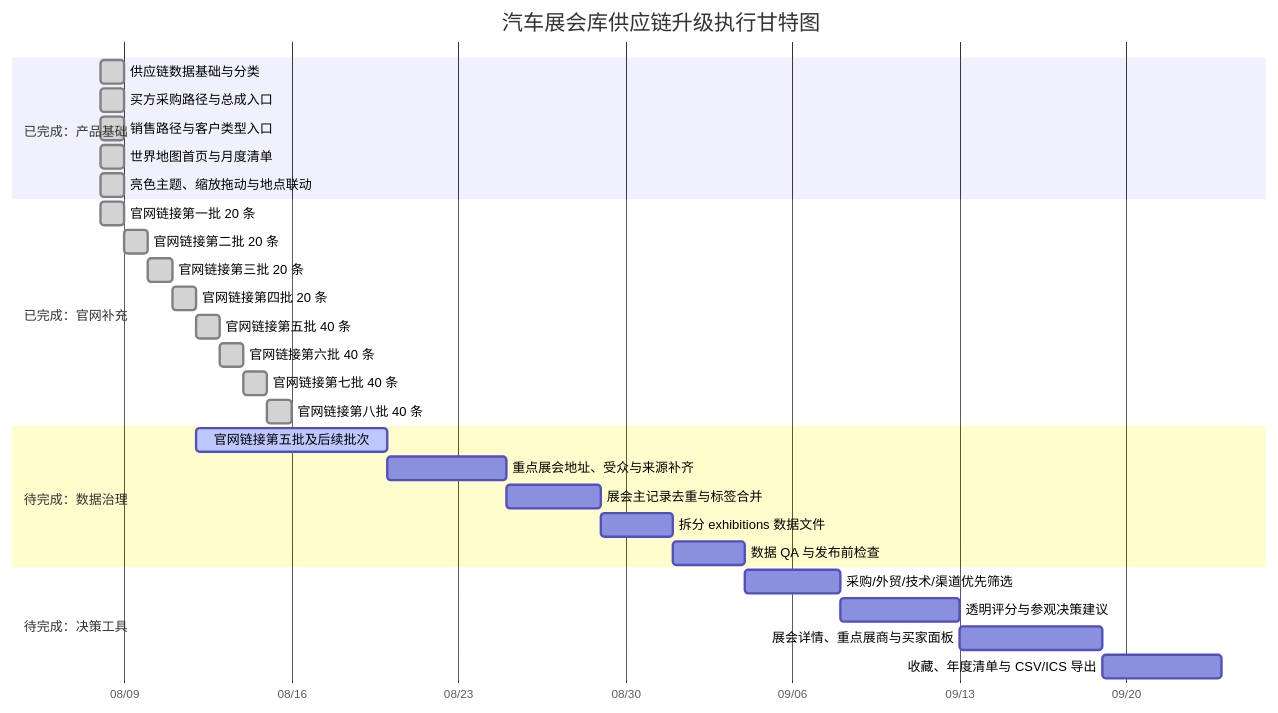
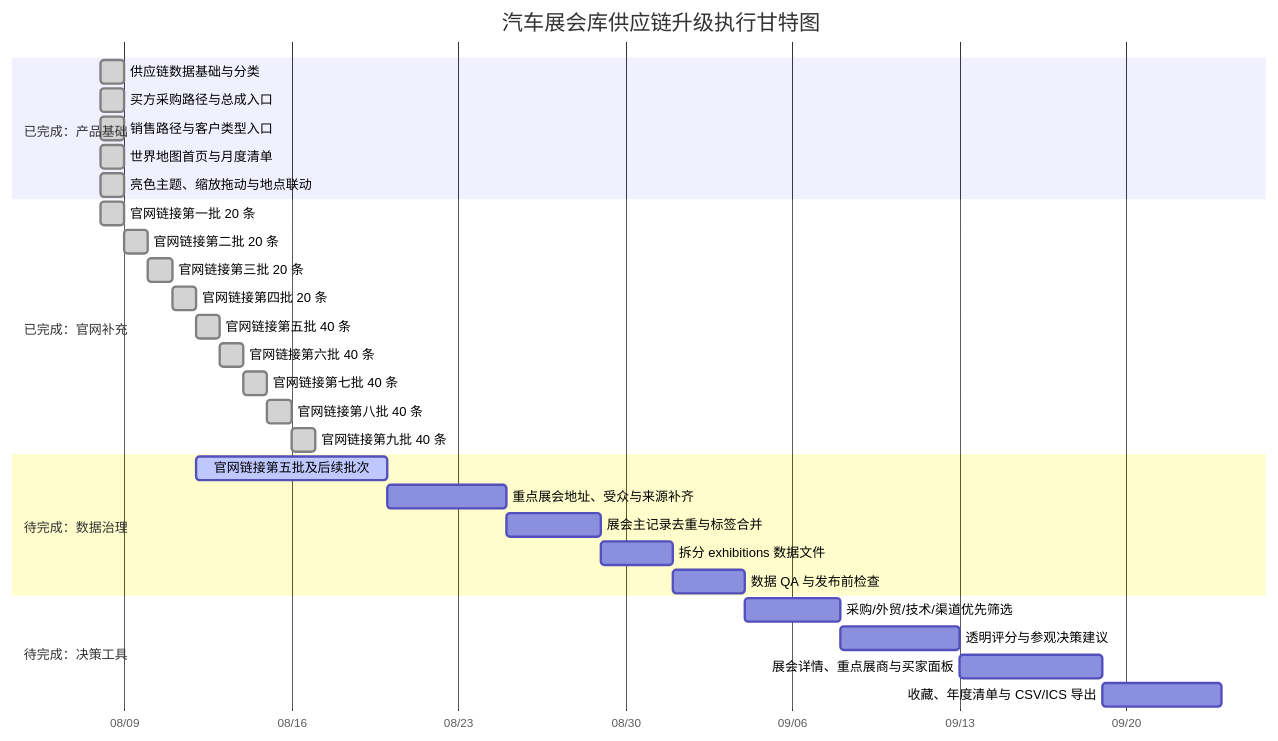
One commit to Cloudyluk/auto-expo changed the diagram in docs/PROJECT_PROGRESS.md. Above: the diagram before and after it, drawn with Mermaid. The commit also changed other lines of this file and 2 other files, not shown here.

Commit message:
Add ninth batch of official exhibition links

````diff
--- a/docs/PROJECT_PROGRESS.md
+++ b/docs/PROJECT_PROGRESS.md
@@ -19,32 +19,33 @@
 ```mermaid
 gantt
     title 汽车展会库供应链升级执行甘特图
     dateFormat  YYYY-MM-DD
     axisFormat  %m/%d
     section 已完成：产品基础
     供应链数据基础与分类             :done, foundation, 2026-08-08, 1d
     买方采购路径与总成入口           :done, buyer, 2026-08-08, 1d
     销售路径与客户类型入口           :done, seller, 2026-08-08, 1d
     世界地图首页与月度清单           :done, map, 2026-08-08, 1d
     亮色主题、缩放拖动与地点联动     :done, interaction, 2026-08-08, 1d
     section 已完成：官网补充
     官网链接第一批 20 条             :done, links1, 2026-08-08, 1d
     官网链接第二批 20 条             :done, links2, after links1, 1d
     官网链接第三批 20 条             :done, links3, after links2, 1d
     官网链接第四批 20 条             :done, links4, after links3, 1d
     官网链接第五批 40 条             :done, links5done, after links4, 1d
     官网链接第六批 40 条             :done, links6done, after links5done, 1d
     官网链接第七批 40 条             :done, links7done, after links6done, 1d
     官网链接第八批 40 条             :done, links8done, after links7done, 1d
+    官网链接第九批 40 条             :done, links9done, after links8done, 1d
     section 待完成：数据治理
     官网链接第五批及后续批次         :active, links5, after links4, 8d
     重点展会地址、受众与来源补齐     :fields, after links5, 5d
     展会主记录去重与标签合并         :dedupe, after fields, 4d
     拆分 exhibitions 数据文件        :split, after dedupe, 3d
     数据 QA 与发布前检查              :qa, after split, 3d
     section 待完成：决策工具
     采购/外贸/技术/渠道优先筛选       :filters, after qa, 4d
     透明评分与参观决策建议           :score, after filters, 5d
     展会详情、重点展商与买家面板      :detail, after score, 6d
     收藏、年度清单与 CSV/ICS 导出     :plan, after detail, 5d
 ```
````
